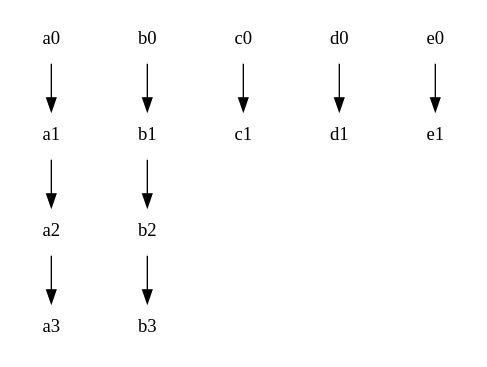
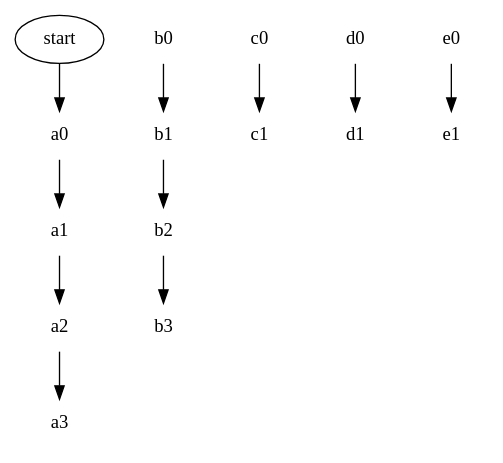
Before and after one commit to rickyyean/blog1: the diagram in github_integration.gv, drawn with Graphviz.

```diff
--- a/github_integration.gv
+++ b/github_integration.gv
@@ -1,38 +1,39 @@
 digraph {
   subgraph github {
     style=filled;
     color=lightgrey;
     node [style=filled,color=white];
     a0 -> a1 -> a2 -> a3;
     label = "Github";
   }
   subgraph capta {
     label = "Capta";
     color=lightgrey;
     style=filled;
     node [style=filled,color=white];
     b0 -> b1 -> b2 -> b3;
   }
   subgraph capta_webhook {
     label = "Capta Webhook";
     color=lightgrey;
     style=filled;
     node [style=filled,color=white];
     c0 -> c1;
   }
   subgraph db {
     label = "Database";
     color=lightgrey;
     style=filled;
     node [style=filled,color=white];
     d0 -> d1;
   }
   subgraph s3 {
     label="S3";
     color=lightgrey;
     style=filled;
     node [style=filled,color=white];
     e0 -> e1;
   }
 
+  start -> a0;
 }
```
